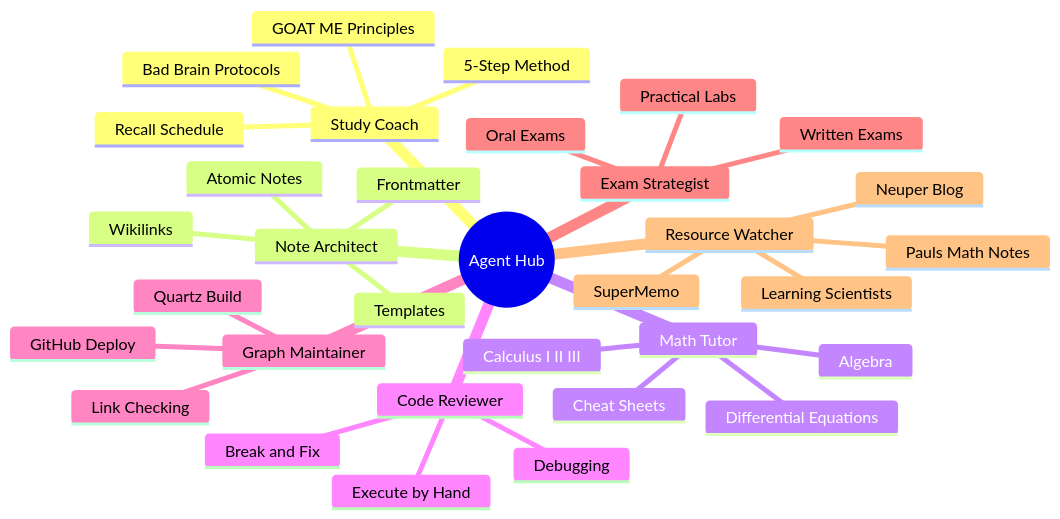
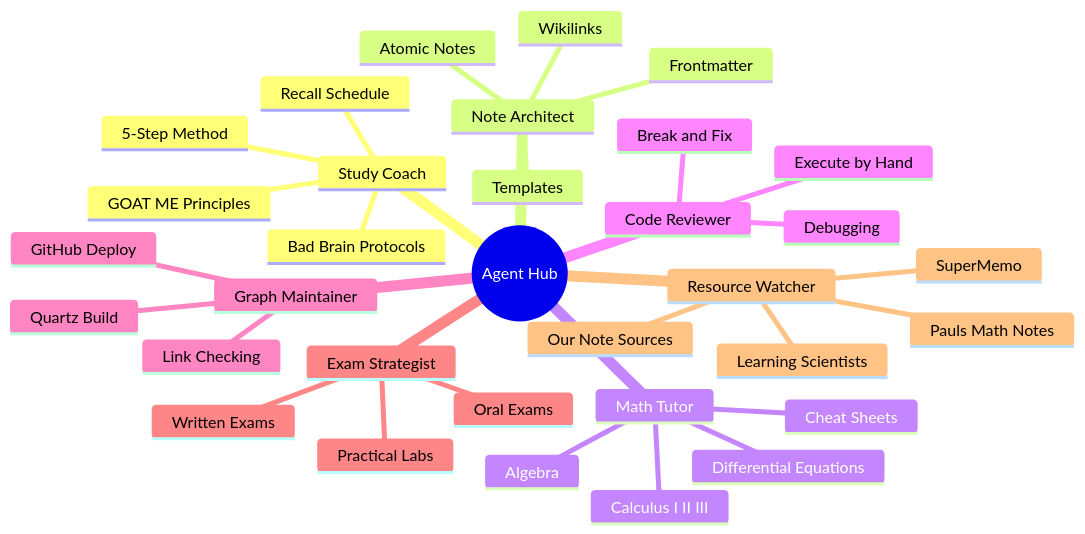
One commit to boluwajioadepojuworkp/study-notes changed the first of 3 diagrams in content/agent-hub.md. Above: the diagram before and after it, drawn with Mermaid. The commit also changed other lines of this file and 12 other files, not shown here.

````diff
--- a/content/agent-hub.md
+++ b/content/agent-hub.md
@@ -25,36 +25,36 @@
 ```mermaid
 mindmap
   root((Agent Hub))
     Study Coach
       5-Step Method
       Recall Schedule
       Bad Brain Protocols
       GOAT ME Principles
     Note Architect
       Atomic Notes
       Wikilinks
       Frontmatter
       Templates
     Math Tutor
       Algebra
       Calculus I II III
       Differential Equations
       Cheat Sheets
     Code Reviewer
       Debugging
       Execute by Hand
       Break and Fix
     Graph Maintainer
       Quartz Build
       GitHub Deploy
       Link Checking
     Exam Strategist
       Oral Exams
       Written Exams
       Practical Labs
     Resource Watcher
-      Neuper Blog
       Learning Scientists
       Pauls Math Notes
       SuperMemo
+      Our Note Sources
 ```
````
